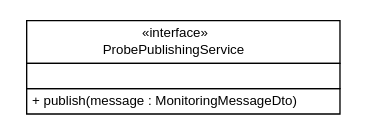
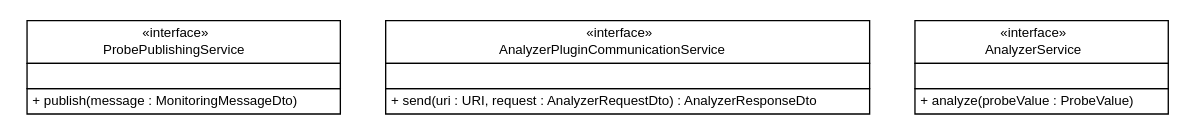
Before and after one commit to serene-project/serene-collector: the diagram in apidocs/net/sereneproject/collector/service/net.sereneproject.collector.service.dot, drawn with Graphviz. The commit also changed 307 other files, not shown here.

```diff
--- a/apidocs/net/sereneproject/collector/service/net.sereneproject.collector.service.dot
+++ b/apidocs/net/sereneproject/collector/service/net.sereneproject.collector.service.dot
@@ -1,25 +1,51 @@
 #!/usr/local/bin/dot
 #
 # Class diagram 
 # Generated by UMLGraph version 5.1 (http://www.umlgraph.org/)
 #
 
 digraph G {
 	edge [fontname="Helvetica",fontsize=10,labelfontname="Helvetica",labelfontsize=10];
 	node [fontname="Helvetica",fontsize=10,shape=plaintext];
 	nodesep=0.25;
 	ranksep=0.5;
 	// net.sereneproject.collector.service.ProbePublishingService
-	c60 [label=<<table title="net.sereneproject.collector.service.ProbePublishingService" border="0" cellborder="1" cellspacing="0" cellpadding="2" port="p" href="./ProbePublishingService.html">
+	c78 [label=<<table title="net.sereneproject.collector.service.ProbePublishingService" border="0" cellborder="1" cellspacing="0" cellpadding="2" port="p" href="./ProbePublishingService.html">
 		<tr><td><table border="0" cellspacing="0" cellpadding="1">
 <tr><td align="center" balign="center"> &#171;interface&#187; </td></tr>
 <tr><td align="center" balign="center"> ProbePublishingService </td></tr>
 		</table></td></tr>
 		<tr><td><table border="0" cellspacing="0" cellpadding="1">
 <tr><td align="left" balign="left">  </td></tr>
 		</table></td></tr>
 		<tr><td><table border="0" cellspacing="0" cellpadding="1">
 <tr><td align="left" balign="left"> + publish(message : MonitoringMessageDto) </td></tr>
 		</table></td></tr>
 		</table>>, fontname="Helvetica", fontcolor="black", fontsize=10.0];
+	// net.sereneproject.collector.service.AnalyzerPluginCommunicationService
+	c79 [label=<<table title="net.sereneproject.collector.service.AnalyzerPluginCommunicationService" border="0" cellborder="1" cellspacing="0" cellpadding="2" port="p" href="./AnalyzerPluginCommunicationService.html">
+		<tr><td><table border="0" cellspacing="0" cellpadding="1">
+<tr><td align="center" balign="center"> &#171;interface&#187; </td></tr>
+<tr><td align="center" balign="center"> AnalyzerPluginCommunicationService </td></tr>
+		</table></td></tr>
+		<tr><td><table border="0" cellspacing="0" cellpadding="1">
+<tr><td align="left" balign="left">  </td></tr>
+		</table></td></tr>
+		<tr><td><table border="0" cellspacing="0" cellpadding="1">
+<tr><td align="left" balign="left"> + send(uri : URI, request : AnalyzerRequestDto) : AnalyzerResponseDto </td></tr>
+		</table></td></tr>
+		</table>>, fontname="Helvetica", fontcolor="black", fontsize=10.0];
+	// net.sereneproject.collector.service.AnalyzerService
+	c80 [label=<<table title="net.sereneproject.collector.service.AnalyzerService" border="0" cellborder="1" cellspacing="0" cellpadding="2" port="p" href="./AnalyzerService.html">
+		<tr><td><table border="0" cellspacing="0" cellpadding="1">
+<tr><td align="center" balign="center"> &#171;interface&#187; </td></tr>
+<tr><td align="center" balign="center"> AnalyzerService </td></tr>
+		</table></td></tr>
+		<tr><td><table border="0" cellspacing="0" cellpadding="1">
+<tr><td align="left" balign="left">  </td></tr>
+		</table></td></tr>
+		<tr><td><table border="0" cellspacing="0" cellpadding="1">
+<tr><td align="left" balign="left"> + analyze(probeValue : ProbeValue) </td></tr>
+		</table></td></tr>
+		</table>>, fontname="Helvetica", fontcolor="black", fontsize=10.0];
 }
```
